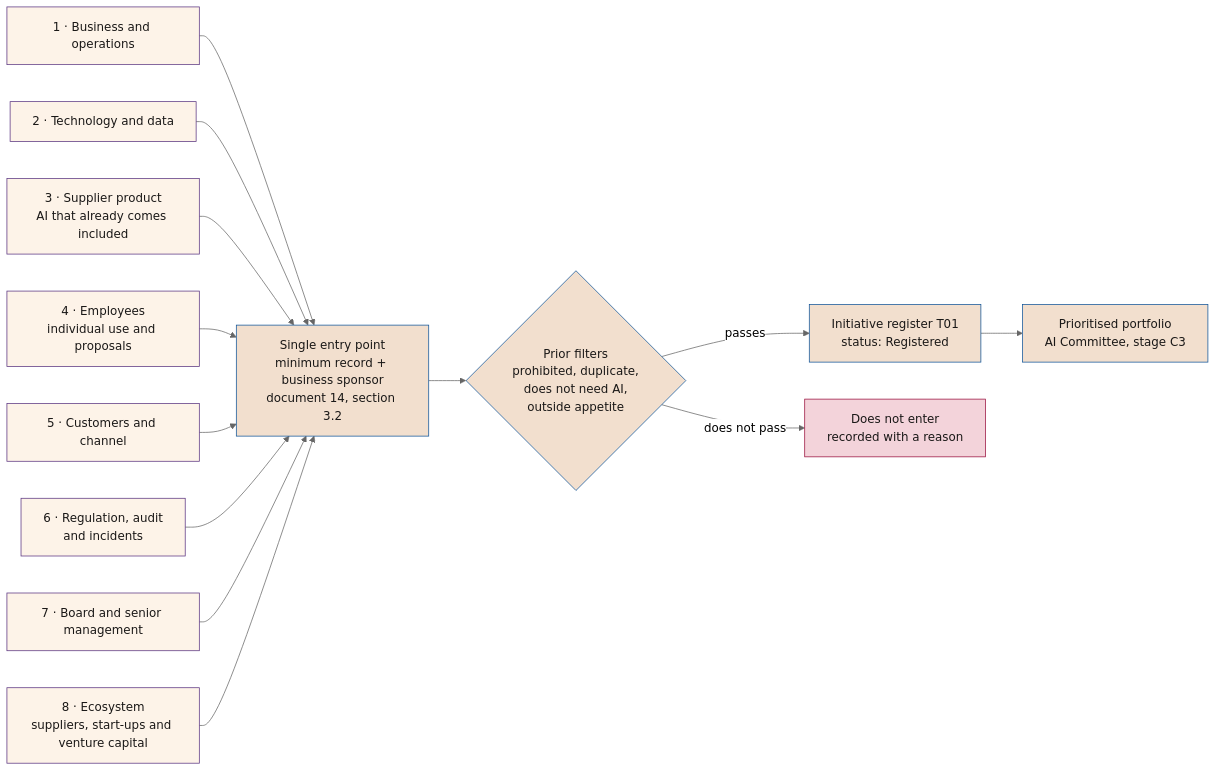
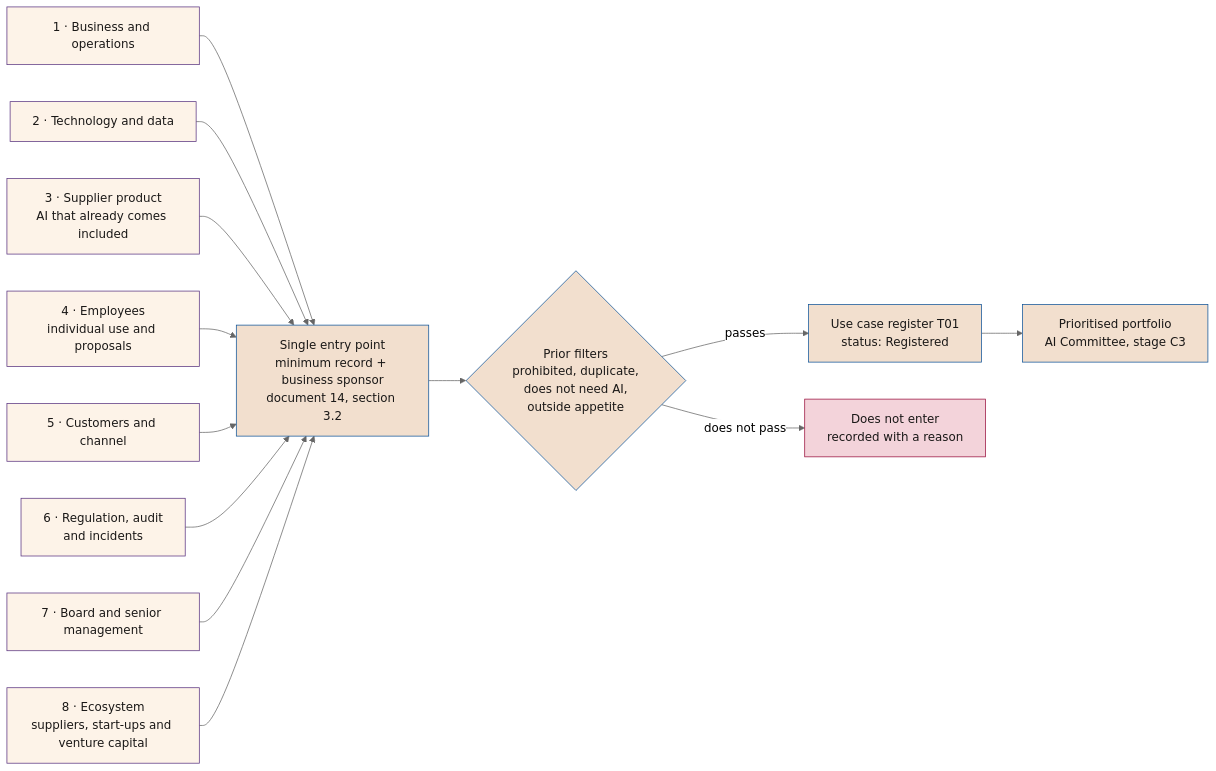
Before and after one commit to seachad/AI_CONSULTING: the second of 7 diagrams in SEVEN-G/mds/en/54_SEVEN-G_Organizacion_de_la_compania_para_la_IA.md, drawn with Mermaid (neutral theme). The commit also changed other lines of this file and 1379 other files, not shown here.

````diff
--- a/SEVEN-G/mds/en/54_SEVEN-G_Organizacion_de_la_compania_para_la_IA.md
+++ b/SEVEN-G/mds/en/54_SEVEN-G_Organizacion_de_la_compania_para_la_IA.md
@@ -209,34 +209,34 @@
 ```mermaid
 flowchart LR
   S1["1 · Business and operations"]
   S2["2 · Technology and data"]
   S3["3 · Supplier product<br>AI that already comes included"]
   S4["4 · Employees<br>individual use and proposals"]
   S5["5 · Customers and channel"]
   S6["6 · Regulation, audit<br>and incidents"]
   S7["7 · Board and senior management"]
   S8["8 · Ecosystem<br>suppliers, start-ups and venture capital"]
   P["Single entry point<br>minimum record + business sponsor<br>document 14, section 3.2"]
   FIL{"Prior filters<br>prohibited, duplicate,<br>does not need AI,<br>outside appetite"}
-  REG["Initiative register T01<br>status: Registered"]
+  REG["Use case register T01<br>status: Registered"]
   CAR["Prioritised portfolio<br>AI Committee, stage C3"]
   NO["Does not enter<br>recorded with a reason"]
   S1 --> P
   S2 --> P
   S3 --> P
   S4 --> P
   S5 --> P
   S6 --> P
   S7 --> P
   S8 --> P
   P --> FIL
   FIL -->|"passes"| REG
   FIL -->|"does not pass"| NO
   REG --> CAR
   classDef fuente fill:#fdf3e8,stroke:#593380,color:#1a1817
   classDef puerta fill:#f2dfce,stroke:#0f5499,color:#1a1817
   classDef fin fill:#f3d3da,stroke:#990f3d,color:#1a1817
   class S1,S2,S3,S4,S5,S6,S7,S8 fuente
   class P,FIL,REG,CAR puerta
   class NO fin
 ```
````
